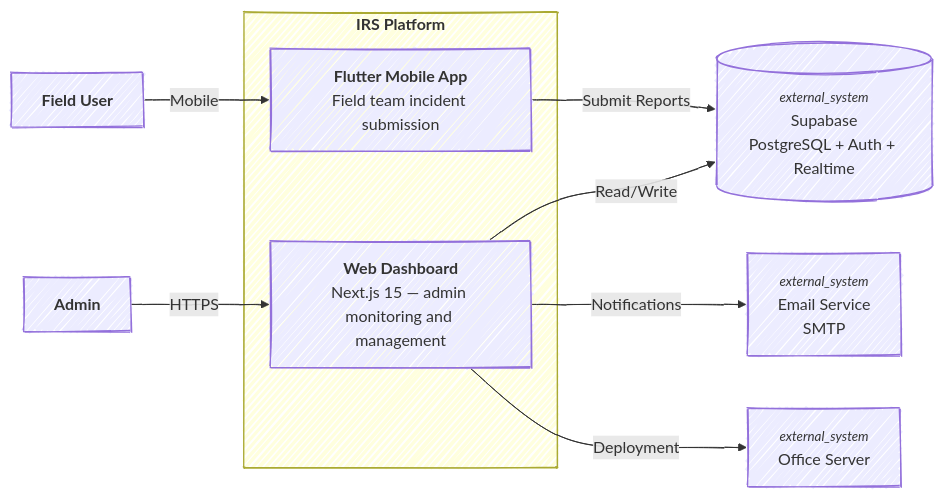
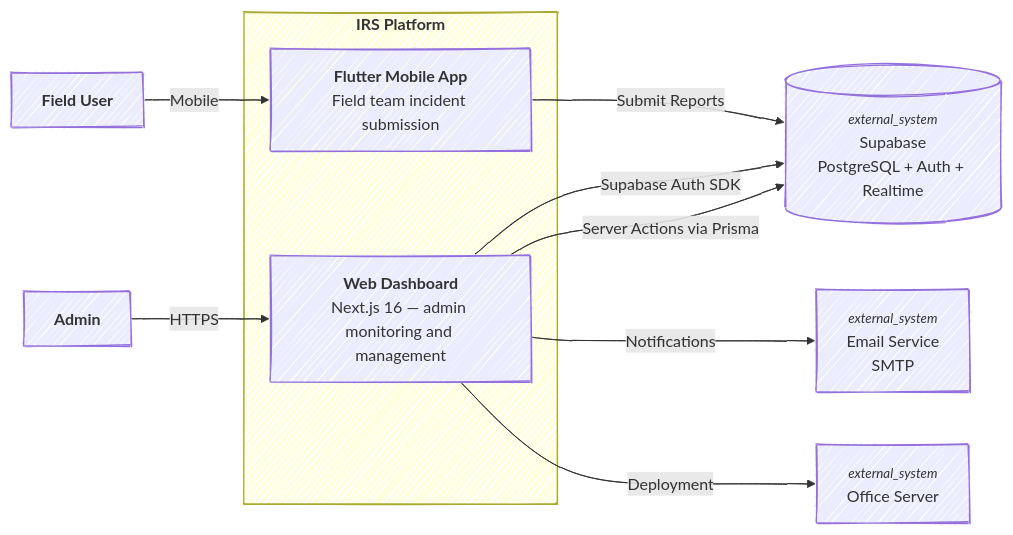
Before and after one commit to bruhhhyannnn/drrm-irs: the first of 5 diagrams in README.md, drawn with Mermaid. The commit also changed other lines of this file, not shown here.

````diff
--- a/README.md
+++ b/README.md
@@ -147,33 +176,30 @@
 ```mermaid
 ---
 config:
   layout: dagre
   look: handDrawn
   theme: default
 ---
 graph LR
-  %% Users
   admin[<b>Admin</b>]
   fieldUser[<b>Field User</b>]
 
-  %% Platform
   subgraph IRS[<b>IRS Platform</b>]
-    webApp[<b>Web Dashboard</b><br/>Next.js 15 — admin monitoring and management]
+    webApp[<b>Web Dashboard</b><br/>Next.js 16 — admin monitoring and management]
     mobileApp[<b>Flutter Mobile App</b><br/>Field team incident submission]
   end
 
-  %% External
   supabase[(<i><small>external_system</small></i><br/>Supabase<br/>PostgreSQL + Auth + Realtime)]
   email[<i><small>external_system</small></i><br/>Email Service<br/>SMTP]
   officeServer[<i><small>external_system</small></i><br/>Office Server]
 
-  %% Flow
   admin -->|HTTPS| webApp
   fieldUser -->|Mobile| mobileApp
 
-  webApp -->|Read/Write| supabase
+  webApp -->|Server Actions via Prisma| supabase
+  webApp -->|Supabase Auth SDK| supabase
   mobileApp -->|Submit Reports| supabase
 
   webApp -->|Notifications| email
   webApp -->|Deployment| officeServer
 ```
````
